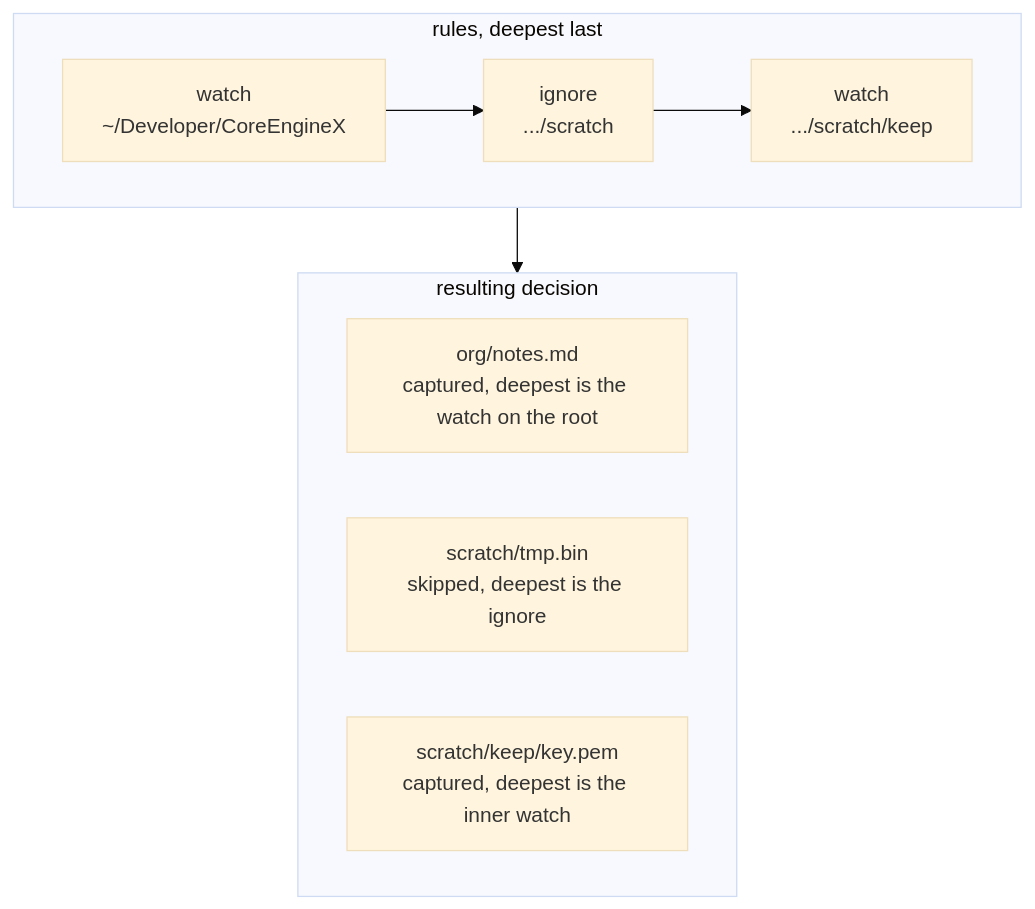
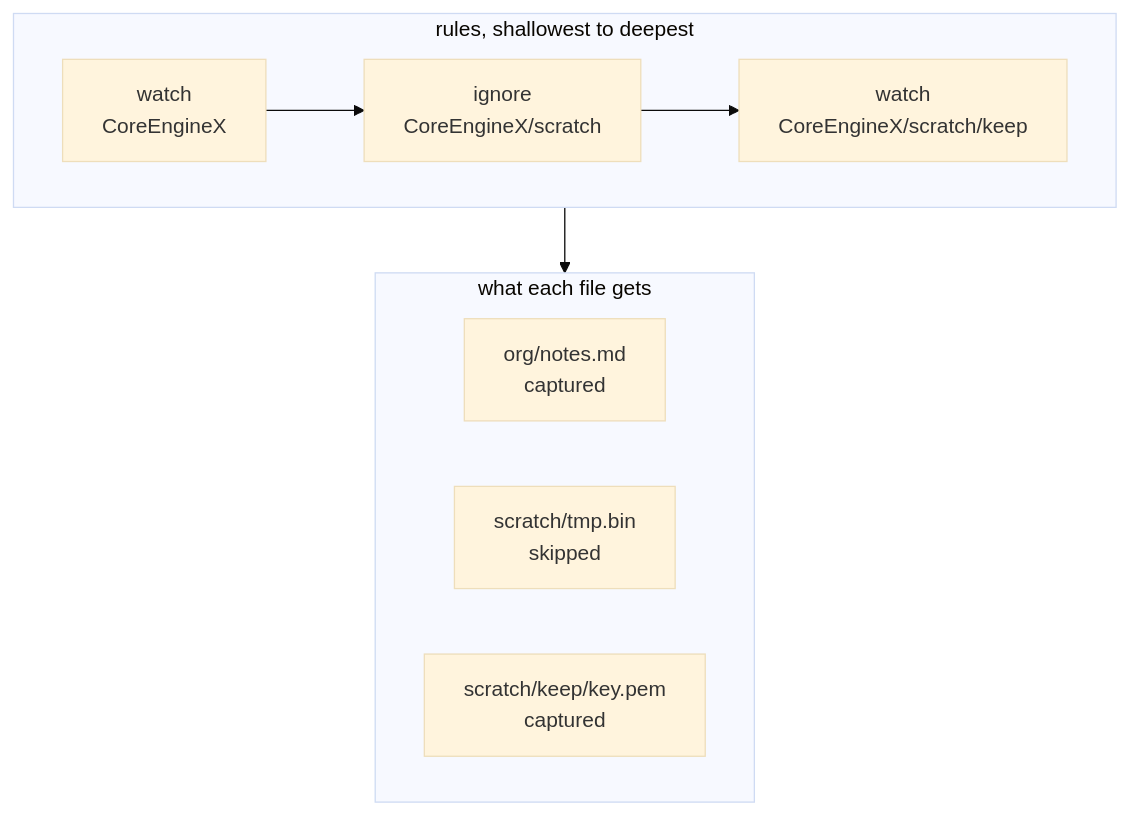
The diagram in docs/architecture/config.md (CoreEngineX/tycho), drawn with Mermaid (base theme) before and after one commit. The commit also changed other lines of this file and 6 other files, not shown here.

First line of the commit message:
Make the diagrams readable

````diff
--- a/docs/architecture/config.md
+++ b/docs/architecture/config.md
@@ -119,17 +119,17 @@
 ```mermaid
 flowchart TB
-  subgraph RULES["rules, deepest last"]
+  subgraph RULES["rules, shallowest to deepest"]
     direction LR
-    A["watch<br/>~/Developer/CoreEngineX"]
-    D["ignore<br/>.../scratch"]
-    E["watch<br/>.../scratch/keep"]
+    A["watch<br/>CoreEngineX"]
+    D["ignore<br/>CoreEngineX/scratch"]
+    E["watch<br/>CoreEngineX/scratch/keep"]
     A --> D --> E
   end
-  subgraph OUT["resulting decision"]
+  subgraph OUT["what each file gets"]
     direction LR
-    F1["org/notes.md<br/>captured, deepest is the watch on the root"]
-    F2["scratch/tmp.bin<br/>skipped, deepest is the ignore"]
-    F3["scratch/keep/key.pem<br/>captured, deepest is the inner watch"]
+    F1["org/notes.md<br/>captured"]
+    F2["scratch/tmp.bin<br/>skipped"]
+    F3["scratch/keep/key.pem<br/>captured"]
   end
   RULES --> OUT
 ```
````
